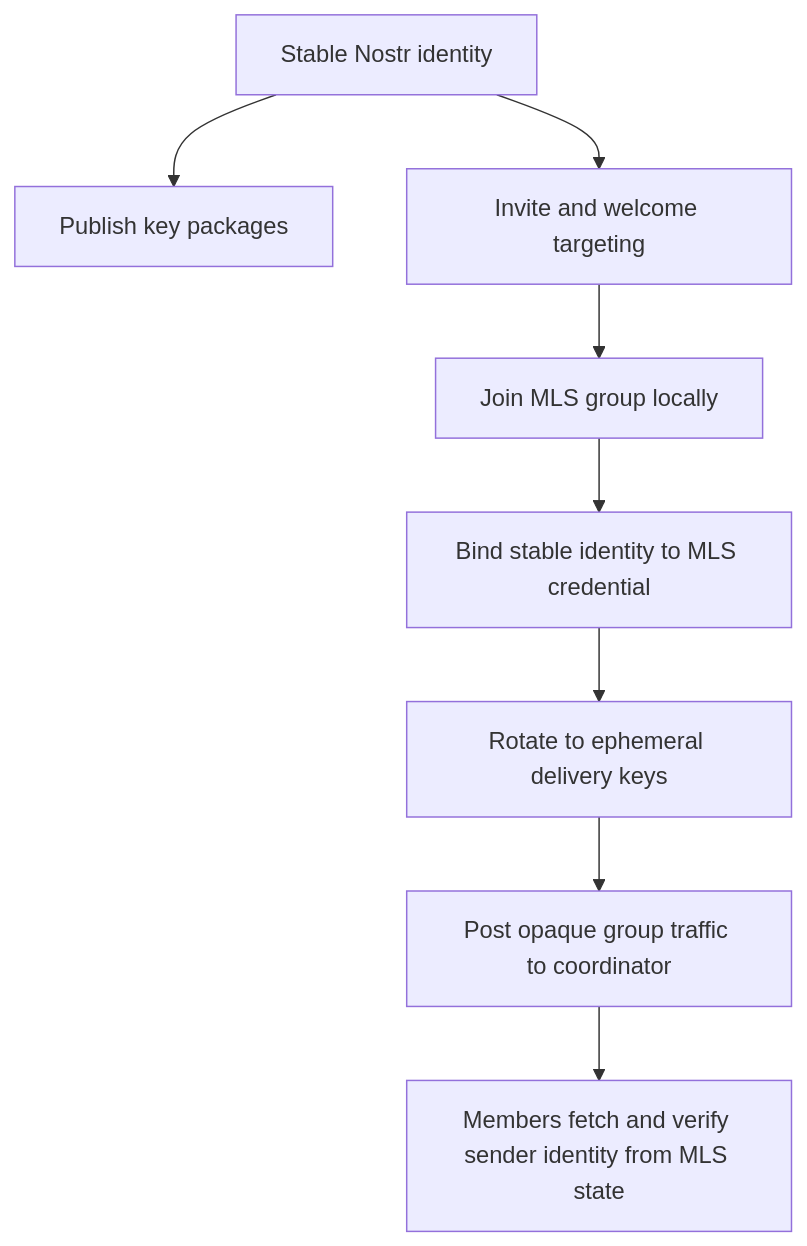
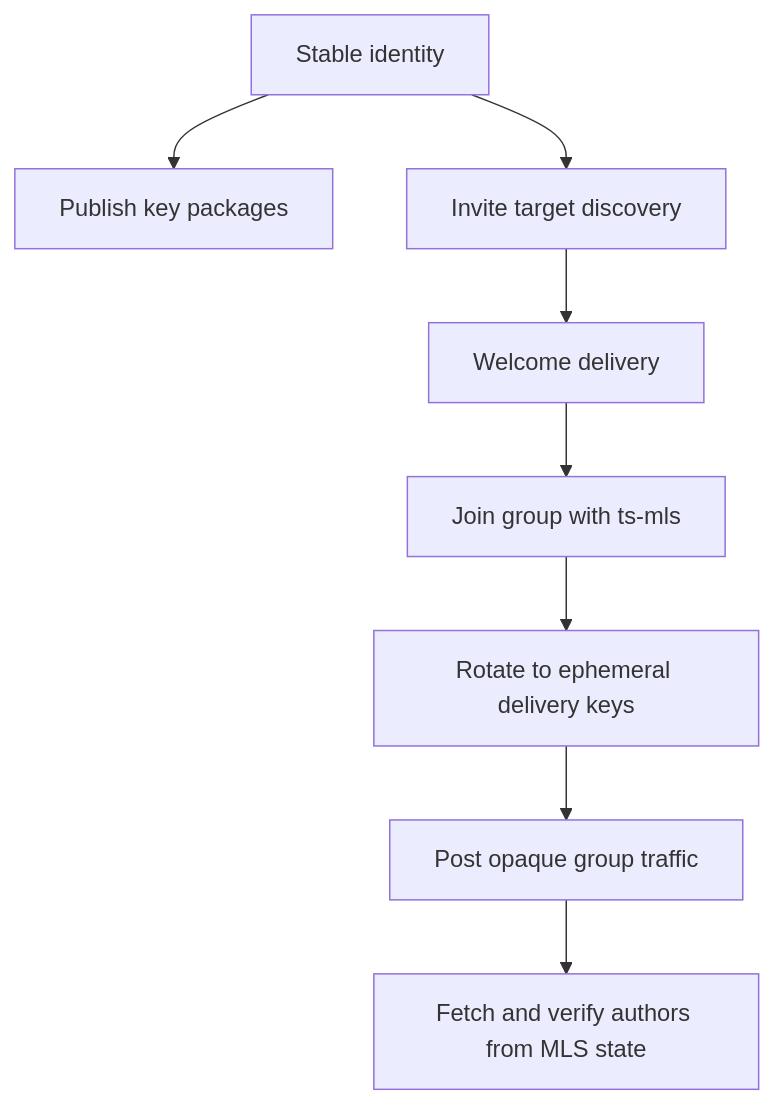
One commit to Cordn-msg/cordn changed the first of 2 diagrams in plans/mls-delivery-service-mvp-design.md. Above: the diagram before and after it, drawn with Mermaid. The commit also changed other lines of this file and 51 other files, not shown here.

````diff
--- a/plans/mls-delivery-service-mvp-design.md
+++ b/plans/mls-delivery-service-mvp-design.md
@@ -126,10 +187,10 @@
 ```mermaid
 flowchart TD
-    A[Stable Nostr identity] --> B[Publish key packages]
-    A --> C[Invite and welcome targeting]
-    C --> D[Join MLS group locally]
-    D --> E[Bind stable identity to MLS credential]
+    A[Stable identity] --> B[Publish key packages]
+    A --> C[Invite target discovery]
+    C --> D[Welcome delivery]
+    D --> E[Join group with ts-mls]
     E --> F[Rotate to ephemeral delivery keys]
-    F --> G[Post opaque group traffic to coordinator]
-    G --> H[Members fetch and verify sender identity from MLS state]
+    F --> G[Post opaque group traffic]
+    G --> H[Fetch and verify authors from MLS state]
 ```
````
